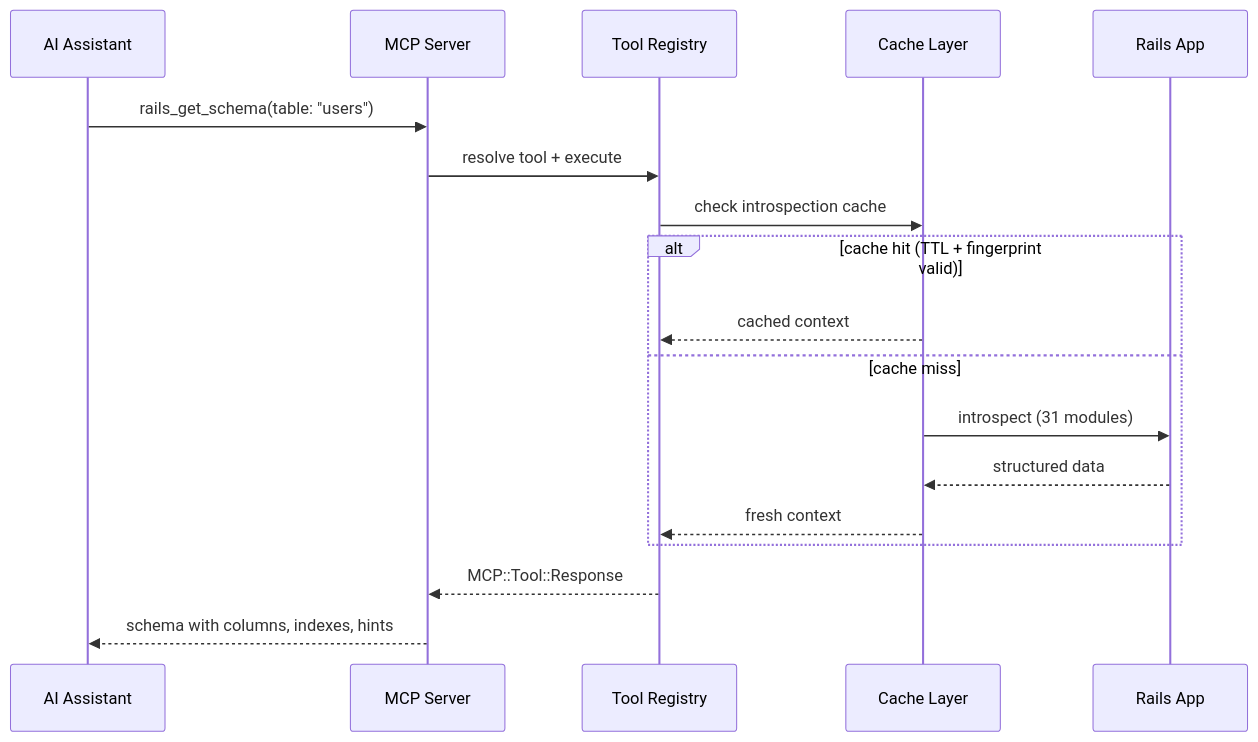
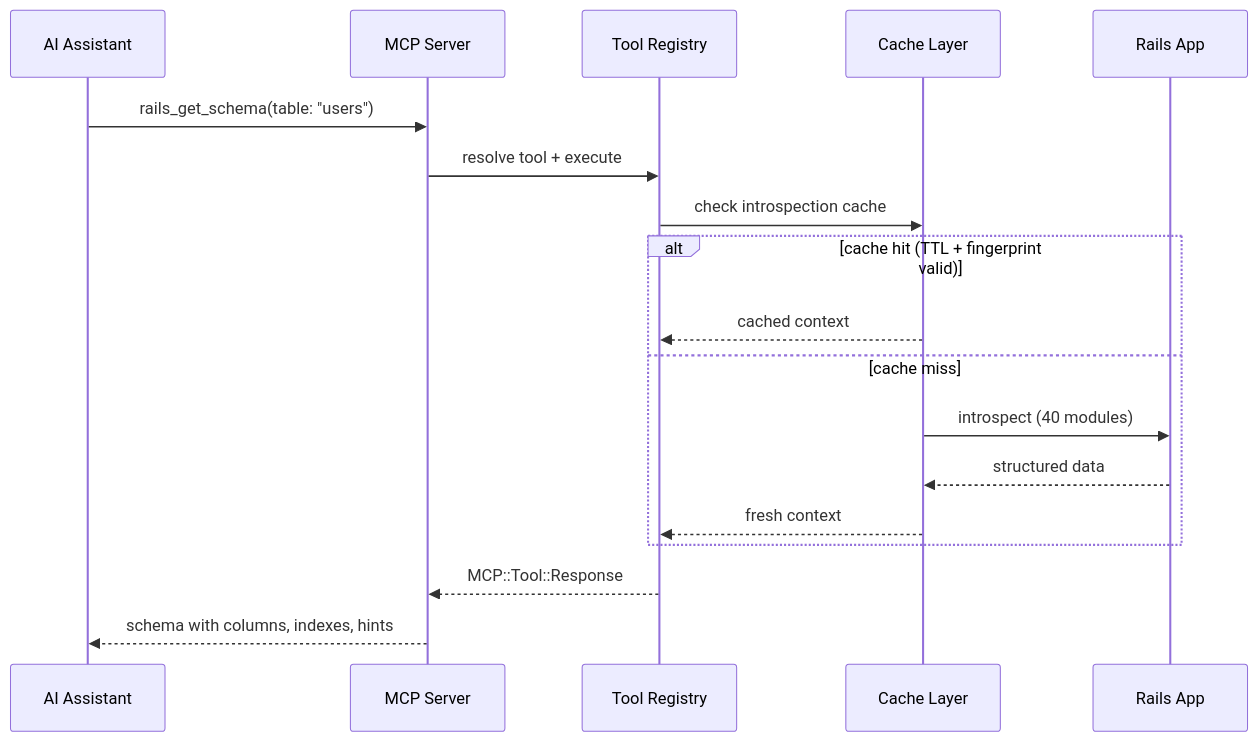
Before and after one commit to crisnahine/rails-ai-context: the second of 3 diagrams in docs/ARCHITECTURE.md, drawn with Mermaid. The commit also changed other lines of this file and 19 other files, not shown here.

````diff
--- a/docs/ARCHITECTURE.md
+++ b/docs/ARCHITECTURE.md
@@ -62,21 +62,21 @@
 ```mermaid
 sequenceDiagram
     participant AI as AI Assistant
     participant MCP as MCP Server
     participant TR as Tool Registry
     participant Cache as Cache Layer
     participant App as Rails App
 
     AI->>MCP: rails_get_schema(table: "users")
     MCP->>TR: resolve tool + execute
     TR->>Cache: check introspection cache
     alt cache hit (TTL + fingerprint valid)
         Cache-->>TR: cached context
     else cache miss
-        Cache->>App: introspect (31 modules)
+        Cache->>App: introspect (40 modules)
         App-->>Cache: structured data
         Cache-->>TR: fresh context
     end
     TR-->>MCP: MCP::Tool::Response
     MCP-->>AI: schema with columns, indexes, hints
 ```
````
